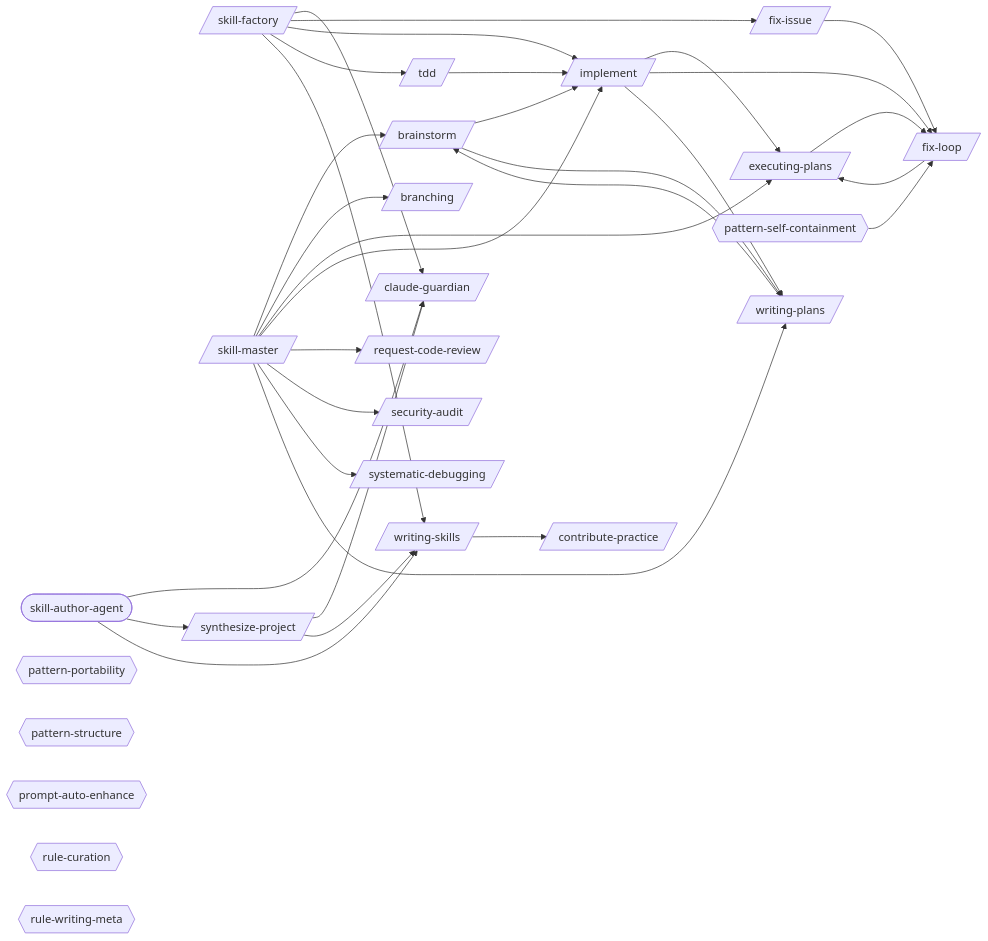
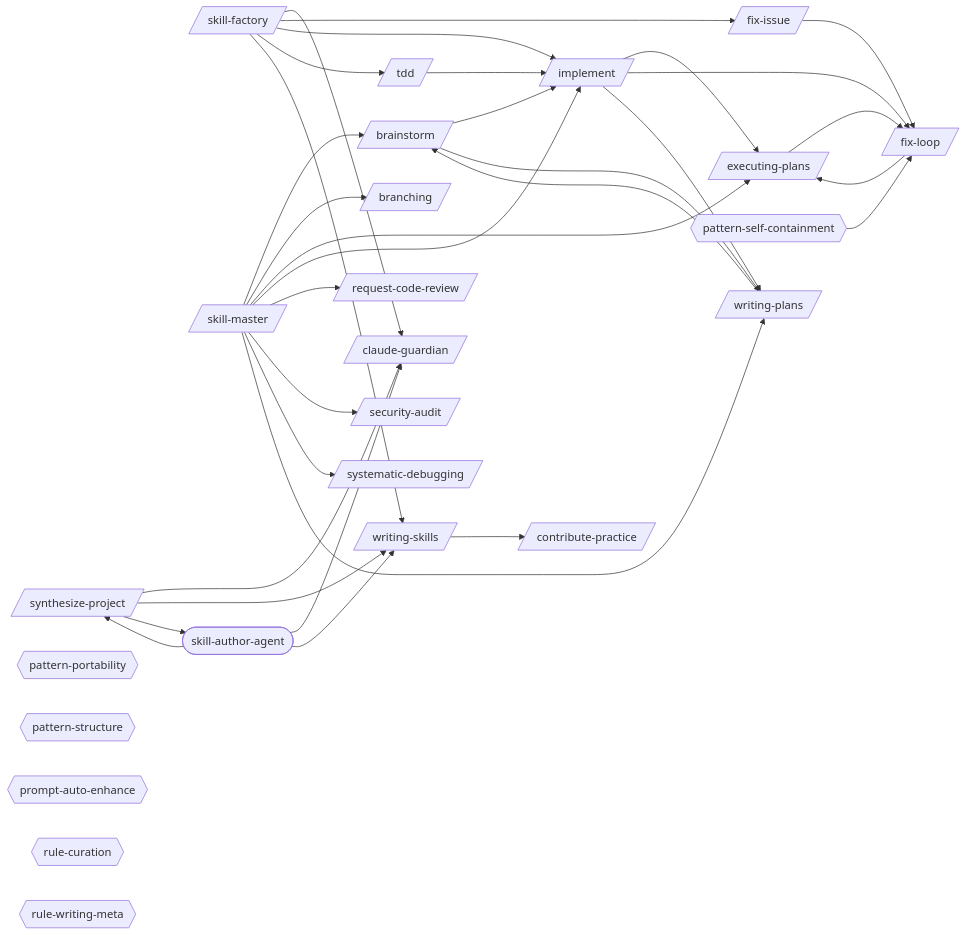
The first of 2 diagrams in docs/workflows/skill-authoring.md (abhayla/claude-best-practices), drawn with Mermaid before and after one commit. The commit also changed other lines of this file and 10 other files, not shown here.

````diff
--- a/docs/workflows/skill-authoring.md
+++ b/docs/workflows/skill-authoring.md
@@ -9,57 +9,58 @@
 ```mermaid
 graph LR
     brainstorm[/brainstorm/]
     branching[/branching/]
     claude_guardian[/claude-guardian/]
     contribute_practice[/contribute-practice/]
     executing_plans[/executing-plans/]
     fix_issue[/fix-issue/]
     fix_loop[/fix-loop/]
     implement[/implement/]
     request_code_review[/request-code-review/]
     security_audit[/security-audit/]
     skill_factory[/skill-factory/]
     skill_master[/skill-master/]
     synthesize_project[/synthesize-project/]
     systematic_debugging[/systematic-debugging/]
     tdd[/tdd/]
     writing_plans[/writing-plans/]
     writing_skills[/writing-skills/]
     skill_author_agent([skill-author-agent])
     pattern_portability{{pattern-portability}}
     pattern_self_containment{{pattern-self-containment}}
     pattern_structure{{pattern-structure}}
     prompt_auto_enhance{{prompt-auto-enhance}}
     rule_curation{{rule-curation}}
     rule_writing_meta{{rule-writing-meta}}
     brainstorm --> implement
     brainstorm --> writing_plans
     executing_plans --> fix_loop
     fix_issue --> fix_loop
     fix_loop --> executing_plans
     implement --> executing_plans
     implement --> fix_loop
     implement --> writing_plans
     skill_factory --> claude_guardian
     skill_factory --> fix_issue
     skill_factory --> implement
     skill_factory --> tdd
     skill_factory --> writing_skills
     skill_master --> brainstorm
     skill_master --> branching
     skill_master --> executing_plans
     skill_master --> implement
     skill_master --> request_code_review
     skill_master --> security_audit
     skill_master --> systematic_debugging
     skill_master --> writing_plans
     synthesize_project --> claude_guardian
     synthesize_project --> writing_skills
+    synthesize_project --> skill_author_agent
     tdd --> implement
     writing_plans --> brainstorm
     writing_skills --> contribute_practice
     skill_author_agent --> claude_guardian
     skill_author_agent --> synthesize_project
     skill_author_agent --> writing_skills
     pattern_self_containment --> fix_loop
 ```
````
